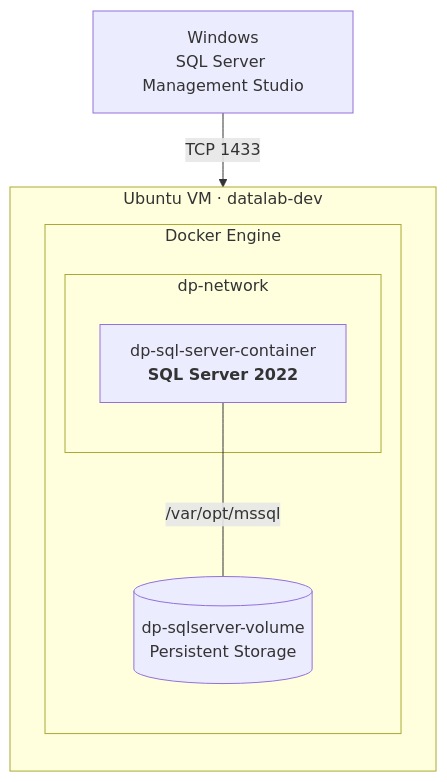
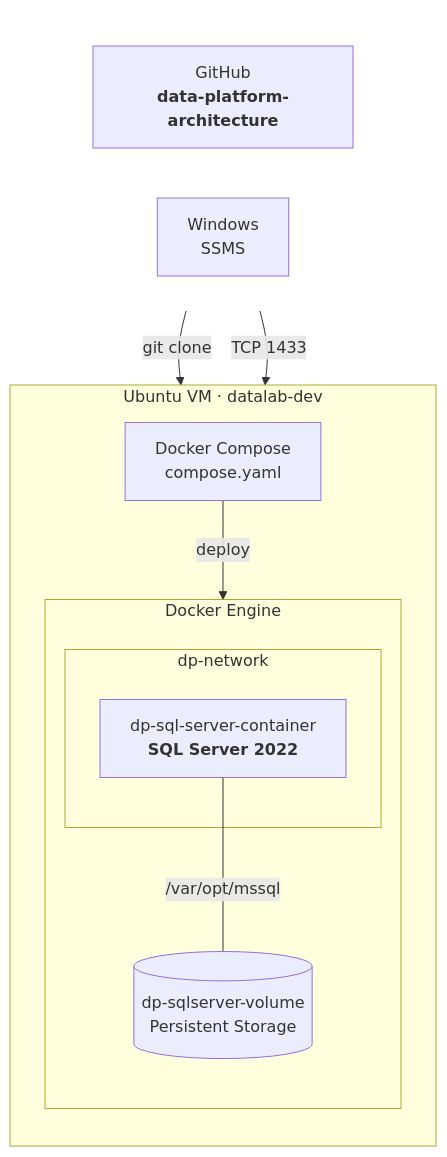
The diagram in docs/diagramas/v1-plataforma-local.md (cblancogt/data-platform-architecture), drawn with Mermaid before and after one commit. The commit also changed 1 other file, not shown here.

Commit message:
v1 ajuste de diagramas

````diff
--- a/docs/diagramas/v1-plataforma-local.md
+++ b/docs/diagramas/v1-plataforma-local.md
@@ -3,27 +3,34 @@
 ```mermaid
 flowchart TB
 
-    CLIENT["Windows<br/>SQL Server Management Studio"]
+    subgraph ACCESS[" "]
+        direction LR
+        REPO["GitHub<br/><b>data-platform-architecture</b>"]
+        CLIENT["Windows<br/>SSMS"]
+    end
 
     subgraph HOST["Ubuntu VM · datalab-dev"]
         direction TB
+
+        COMPOSE["Docker Compose<br/>compose.yaml"]
 
         subgraph DOCKER["Docker Engine"]
             direction TB
 
             subgraph NETWORK["dp-network"]
                 SQL["dp-sql-server-container<br/><b>SQL Server 2022</b>"]
             end
 
             VOL[("dp-sqlserver-volume<br/>Persistent Storage")]
 
             SQL ---|"/var/opt/mssql"| VOL
         end
+
+        COMPOSE -->|"deploy"| SQL
     end
 
+    REPO -->|"git clone"| COMPOSE
     CLIENT -->|"TCP 1433"| SQL
 
-    style HOST text-align:left
-    style DOCKER text-align:left
-    style NETWORK text-align:left
+    style ACCESS fill:none,stroke:none
 ```
````
